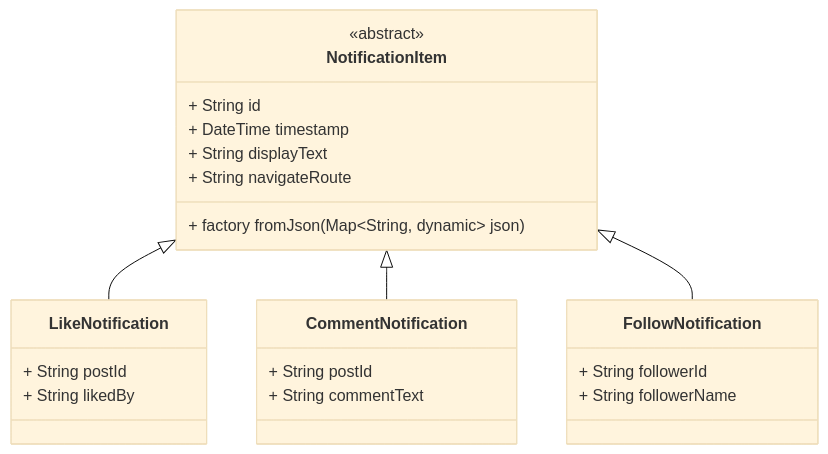
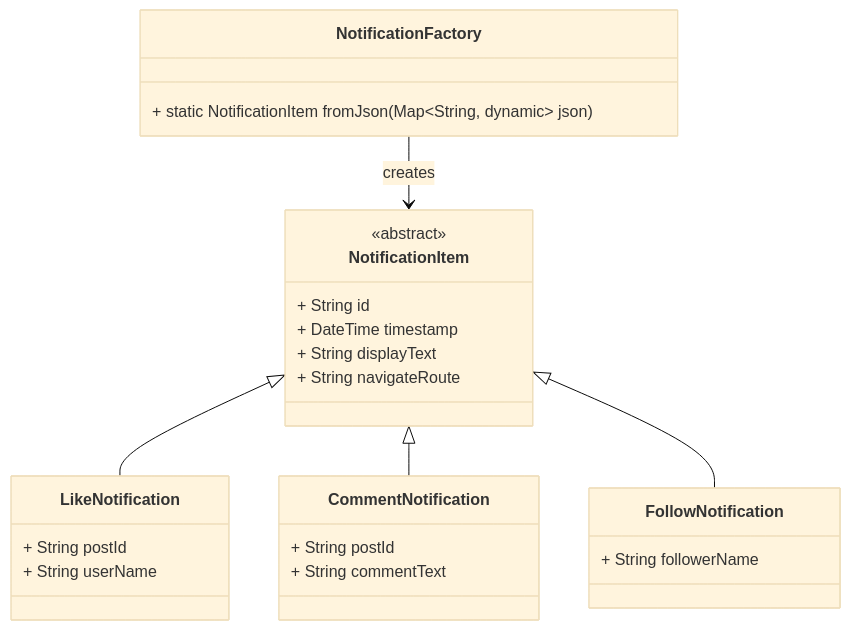
Before and after one commit to ArafatRohan93/dart_intermediate_bootcamp: the diagram in OOP/inheritance.md, drawn with Mermaid (base theme). The commit also changed other lines of this file and 2 other files, not shown here.

````diff
--- a/OOP/inheritance.md
+++ b/OOP/inheritance.md
@@ -72,30 +72,33 @@
 ```mermaid
 classDiagram
     class NotificationItem {
         <<abstract>>
         + String id
         + DateTime timestamp
         + String displayText
         + String navigateRoute
-        + factory fromJson(Map~String, dynamic~ json)
     }
 
     class LikeNotification {
         + String postId
-        + String likedBy
+        + String userName
     }
 
     class CommentNotification {
         + String postId
         + String commentText
     }
 
     class FollowNotification {
-        + String followerId
         + String followerName
+    }
+
+    class NotificationFactory {
+        + static NotificationItem fromJson(Map~String, dynamic~ json)
     }
 
     NotificationItem <|-- LikeNotification
     NotificationItem <|-- CommentNotification
     NotificationItem <|-- FollowNotification
+    NotificationFactory --> NotificationItem : creates
 ```
````
